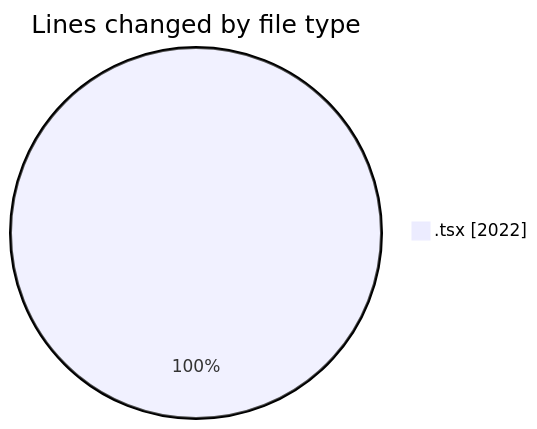
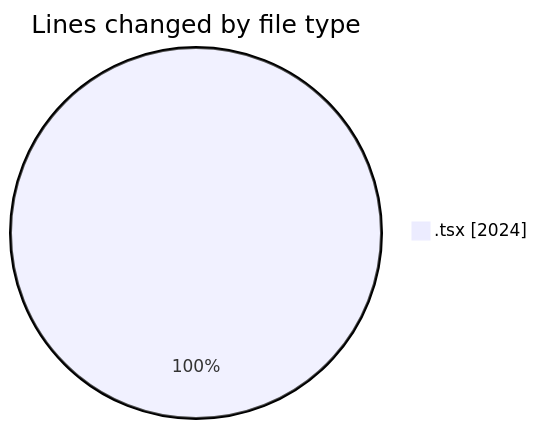
The first of 2 diagrams in 2025-06-12/cda/README.md (momahboobian/code-tracking), drawn with Mermaid before and after one commit. The commit also changed other lines of this file and 1 other file, not shown here.

````diff
--- a/2025-06-12/cda/README.md
+++ b/2025-06-12/cda/README.md
@@ -23,5 +23,5 @@
 ```mermaid
 pie showData
 title Lines changed by file type
-".tsx" : 2022
+".tsx" : 2024
 ```
````
